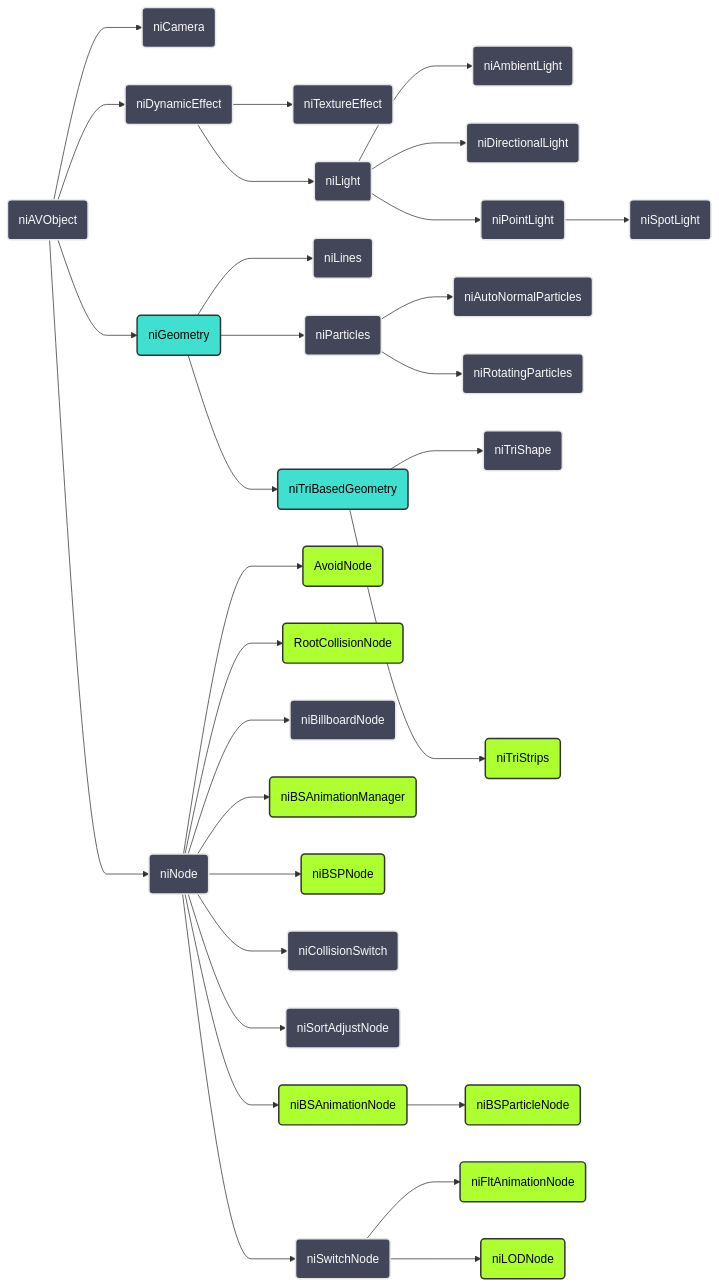
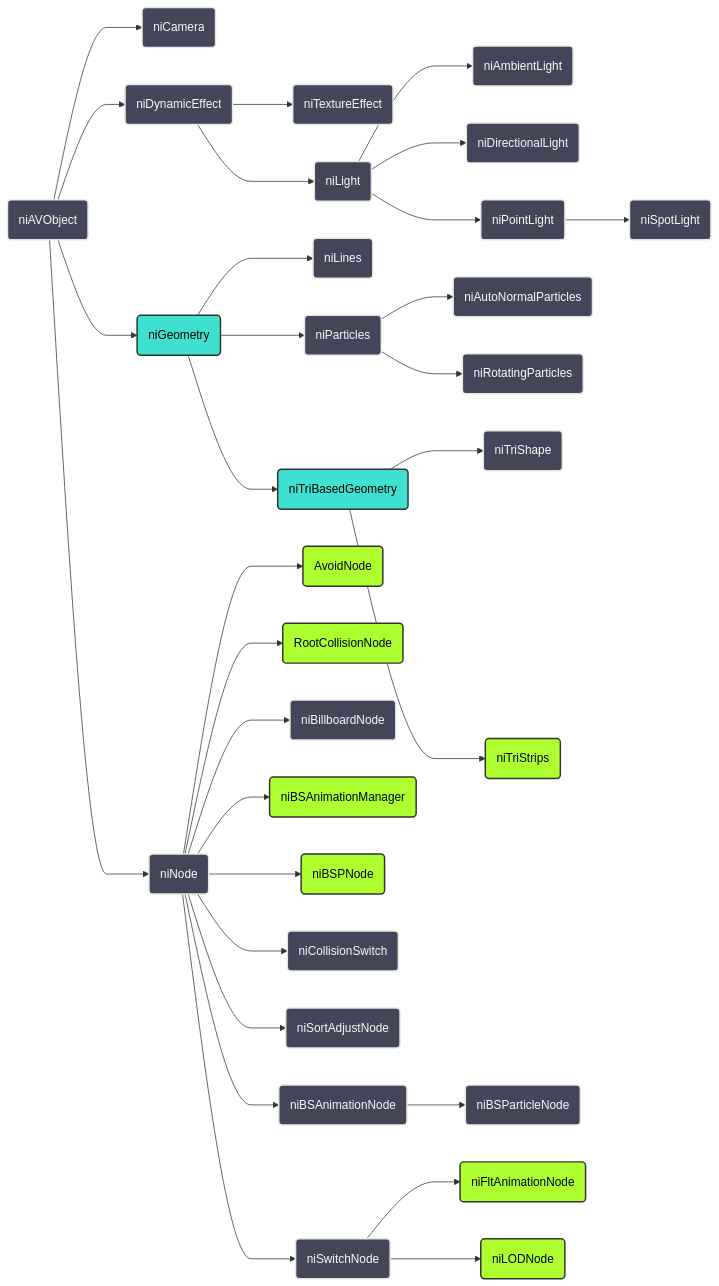
One commit to rfuzzo/MWSE changed the fourth of 4 diagrams in docs/source/references/general/ni-class-hierarchy.md. Above: the diagram before and after it, drawn with Mermaid. The commit also changed other lines of this file and 21 other files, not shown here.

````diff
--- a/docs/source/references/general/ni-class-hierarchy.md
+++ b/docs/source/references/general/ni-class-hierarchy.md
@@ -413,60 +413,60 @@
 ```mermaid
 %%{
 	init: {
 		'er': {
 			'diagramPadding': 5,
 			'entityPadding': 5
 		},
 		'flowchart': {
 			'diagramPadding': 2,
 			'curve': 'monotoneX'
 		}
 	}
 }%%
 
 graph LR
 	EA(niAVObject);
 	EA --> EAA(niCamera);
 
 	EA --> EAB(niDynamicEffect);
 		EAB --> EABA(niTextureEffect);
 		EAB --> EABB(niLight);
 			EABB --> EABBA(niAmbientLight);
 			EABB --> EABBB(niDirectionalLight);
 			EABB --> EABBC(niPointLight);
 				EABBC --> EABBCA(niSpotLight);
 
 	EA --> EAC(niGeometry);
 		EAC --> EACA(niLines);
 		EAC --> EACB(niParticles);
 			EACB --> EACBA(niAutoNormalParticles);
 			EACB --> EACBB(niRotatingParticles);
 		EAC --> EACC(niTriBasedGeometry);
 			EACC --> EACCA(niTriShape);
 			EACC --> EACCB(niTriStrips);
 
 	EA --> EAD(niNode);
 		EAD --> EADA(AvoidNode);
 		EAD --> EADB(RootCollisionNode);
 		EAD --> EADC(niBillboardNode);
 		EAD --> EADD(niBSAnimationManager);
 		EAD --> EADE(niBSPNode);
 		EAD --> EADF(niCollisionSwitch);
 		EAD --> EADG(niSortAdjustNode);
 		EAD --> EADH(niBSAnimationNode);
 			EADH --> EADHA(niBSParticleNode);
 		EAD --> EADI(niSwitchNode);
 			EADI --> EADIA(niFltAnimationNode);
 			EADI --> EADIB(niLODNode);
 
 	%% Default style
 	classDef default color: #fafafa, fill:#434659, stroke:#e6e6e6, stroke-width:2px;
 
 	%% Turquoise
 	classDef notExposed color:#000, fill: #40E0D0, stroke: #333, stroke-width: 2px;
 	class EAC,EACC notExposed;
 
 	%% YellowGreen
 	classDef notResearched color:#000, fill: #ADFF2F, stroke: #333, stroke-width: 2px;
-	class EACCB,EADA,EADB,EADD,EADE,EADH,EADHA,EADIA,EADIB notResearched;
+	class EACCB,EADA,EADB,EADD,EADE,EADIA,EADIB notResearched;
 ```
````
